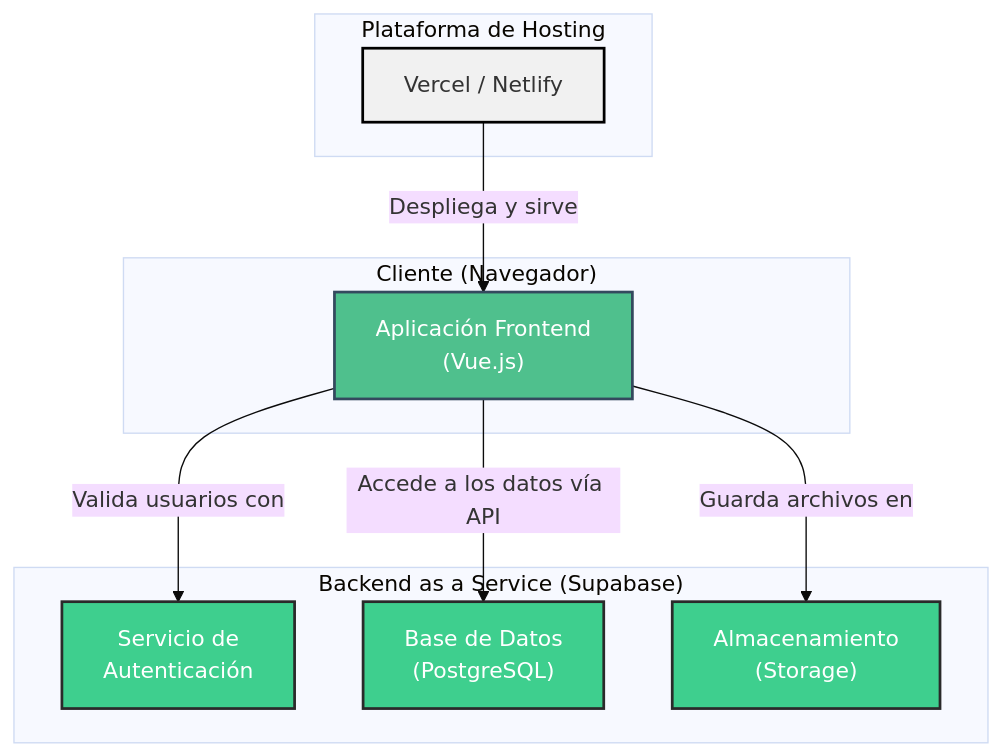
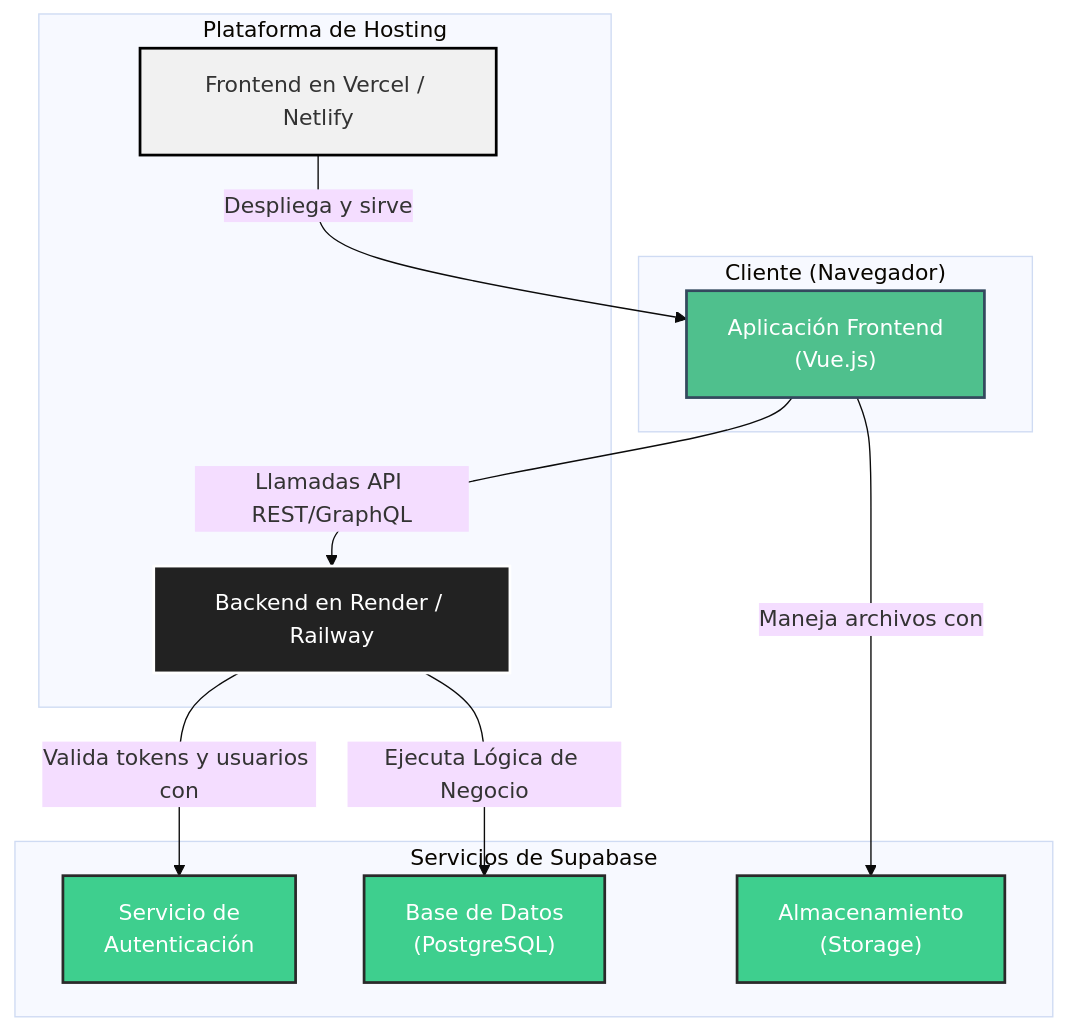
One commit to fabian-martinez/collaborative-saving changed the first of 2 diagrams in docs/phases/phase-2.md. Above: the diagram before and after it, drawn with Mermaid (base theme). The commit also changed other lines of this file and 91 other files, not shown here.

Commit message:
feat(setup): agregar archivos de configuración y estructura inicial para el backend y frontend

````diff
--- a/docs/phases/phase-2.md
+++ b/docs/phases/phase-2.md
@@ -17,27 +18,31 @@
 ```mermaid
 graph TD
     subgraph "Cliente (Navegador)"
         A["Aplicación Frontend<br/>(Vue.js)"]
     end
 
     subgraph "Plataforma de Hosting"
-        B["Vercel / Netlify"]
+        B["Frontend en Vercel / Netlify"]
+        C["Backend en Render / Railway"]
     end
 
-    subgraph "Backend as a Service (Supabase)"
+    subgraph "Servicios de Supabase"
         D["Servicio de<br/>Autenticación"]
         E["Base de Datos<br/>(PostgreSQL)"]
         F["Almacenamiento<br/>(Storage)"]
     end
 
-    A -- "Valida usuarios con" --> D
-    A -- "Accede a los datos vía API" --> E
-    A -- "Guarda archivos en" --> F
+    A -- "Llamadas API REST/GraphQL" --> C
+    C -- "Ejecuta Lógica de Negocio" --> E
+    C -- "Valida tokens y usuarios con" --> D
+    A -- "Maneja archivos con" --> F
     B -- "Despliega y sirve" --> A
+
 
     style A fill:#4FC08D,stroke:#34495E,stroke-width:2px,color:#fff
     style B fill:#f1f1f1,stroke:#000,stroke-width:2px
+    style C fill:#222,stroke:#fff,stroke-width:2px,color:#fff
     style D fill:#3ECF8E,stroke:#2A2A2A,stroke-width:2px,color:#fff
     style E fill:#3ECF8E,stroke:#2A2A2A,stroke-width:2px,color:#fff
     style F fill:#3ECF8E,stroke:#2A2A2A,stroke-width:2px,color:#fff
 ```
````
